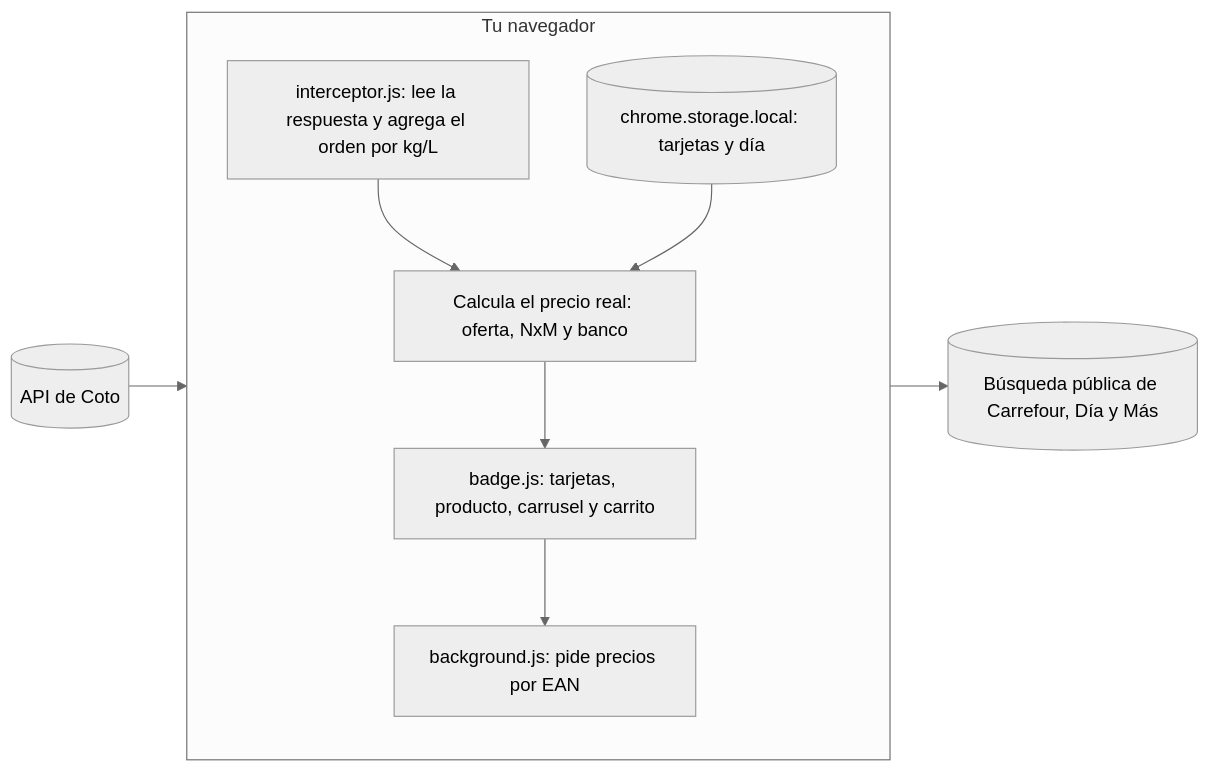
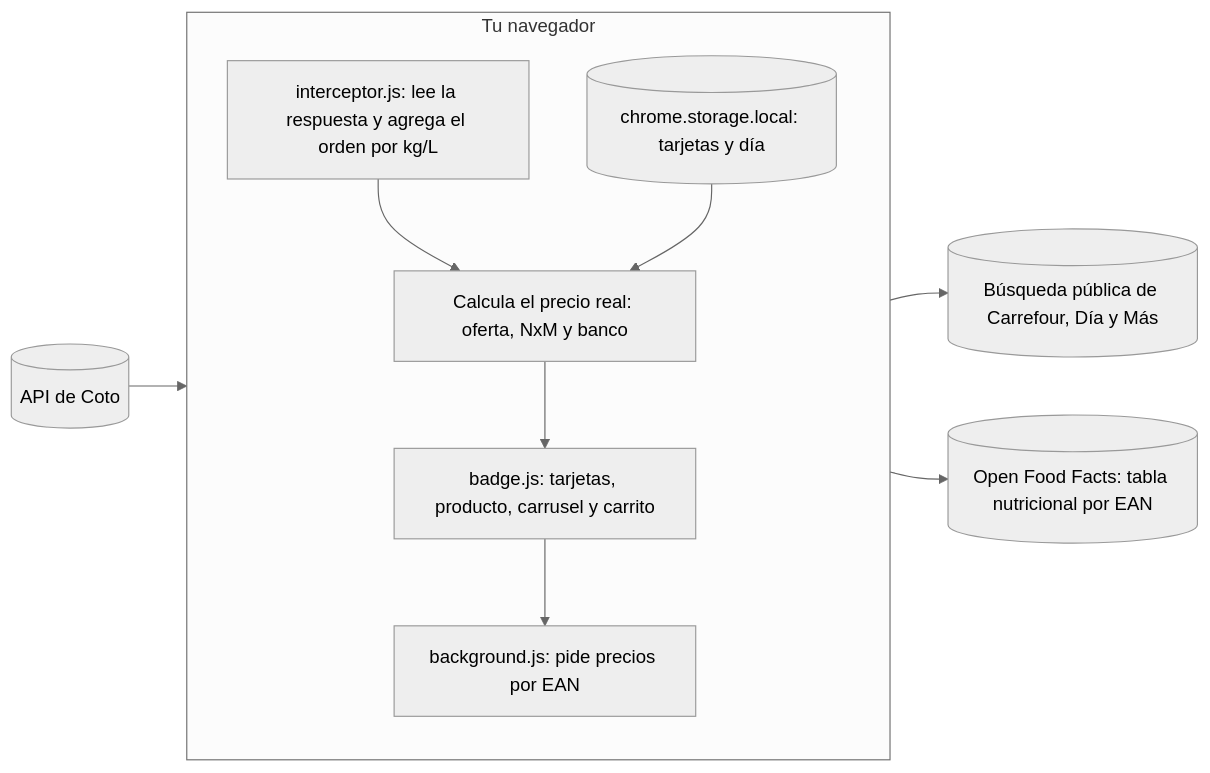
One commit to hysmarcos/gondola changed the diagram in README.md. Above: the diagram before and after it, drawn with Mermaid (neutral theme). The commit also changed other lines of this file and 4 other files, not shown here.

Commit message:
docs: privacy policy, README and store guide mention Open Food Facts

````diff
--- a/README.md
+++ b/README.md
@@ -110,12 +111,13 @@
 ```mermaid
 flowchart LR
     coto[("API de Coto")] --> xhr
     subgraph navegador["Tu navegador"]
         direction TB
         xhr["interceptor.js: lee la respuesta y agrega el orden por kg/L"] --> calc["Calcula el precio real: oferta, NxM y banco"]
         calc --> ui["badge.js: tarjetas, producto, carrusel y carrito"]
         ajustes[("chrome.storage.local: tarjetas y día")] --> calc
         ui --> bg["background.js: pide precios por EAN"]
     end
     bg --> otros[("Búsqueda pública de Carrefour, Día y Más")]
+    bg --> off[("Open Food Facts: tabla nutricional por EAN")]
 ```
````
